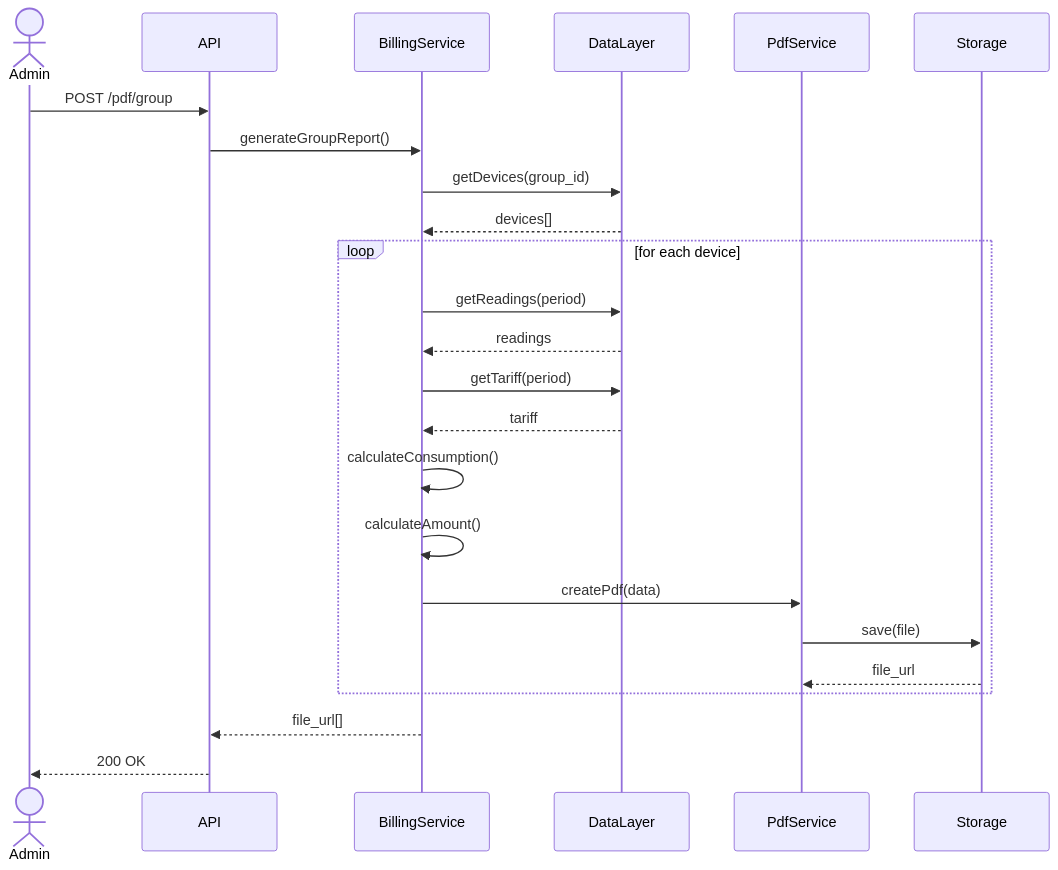
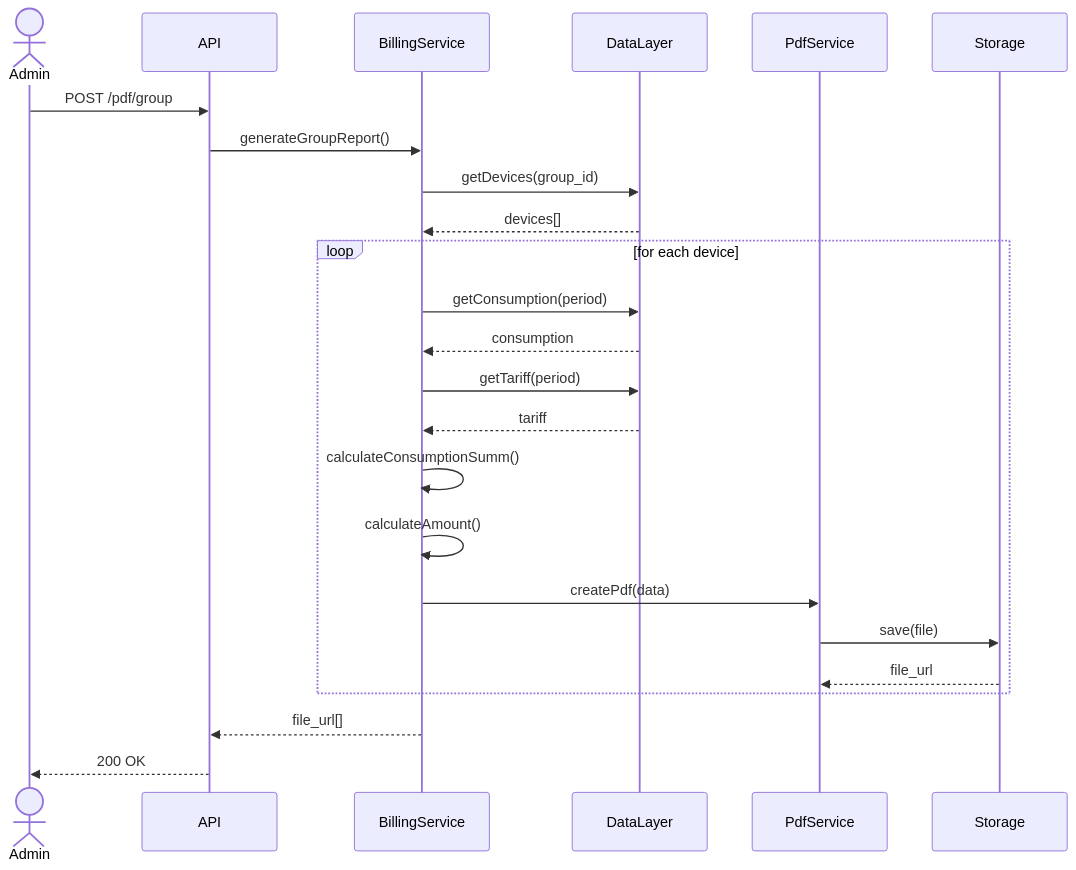
One commit to gorthoure/documentation changed the first of 2 diagrams in PDF_generation.md. Above: the diagram before and after it, drawn with Mermaid. The commit also changed other lines of this file, not shown here.

````diff
--- a/PDF_generation.md
+++ b/PDF_generation.md
@@ -43,33 +43,33 @@
 ```mermaid
 sequenceDiagram
     actor Admin
     participant API
     participant BillingService
     participant DataLayer
     participant PdfService
     participant Storage
 
     Admin->>API: POST /pdf/group
     API->>BillingService: generateGroupReport()
 
     BillingService->>DataLayer: getDevices(group_id)
     DataLayer-->>BillingService: devices[]
 
     loop for each device
-        BillingService->>DataLayer: getReadings(period)
-        DataLayer-->>BillingService: readings
+        BillingService->>DataLayer: getConsumption(period)
+        DataLayer-->>BillingService: consumption
 
         BillingService->>DataLayer: getTariff(period)
         DataLayer-->>BillingService: tariff
 
-        BillingService->>BillingService: calculateConsumption()
+        BillingService->>BillingService: calculateConsumptionSumm()
         BillingService->>BillingService: calculateAmount()
 
         BillingService->>PdfService: createPdf(data)
         PdfService->>Storage: save(file)
         Storage-->>PdfService: file_url
     end
 
     BillingService-->>API: file_url[]
     API-->>Admin: 200 OK
 ```
````
